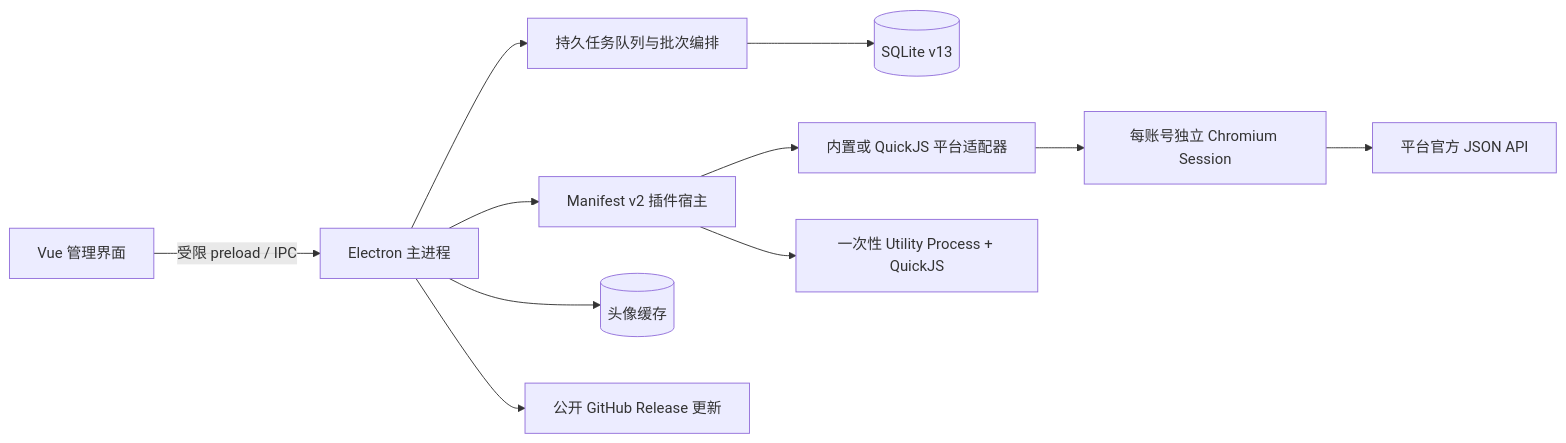
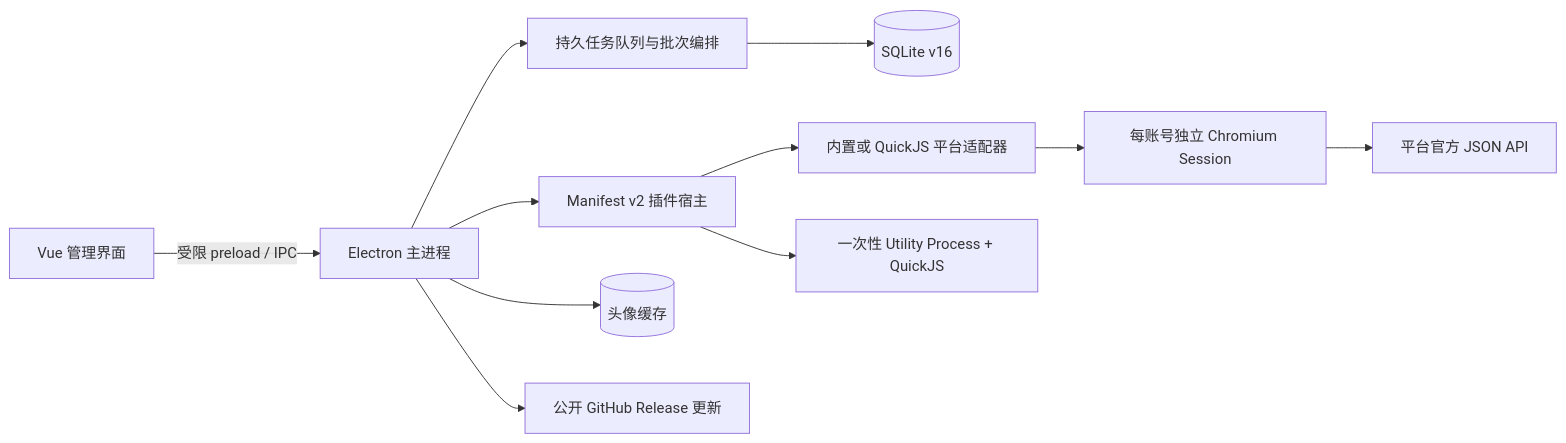
The diagram in README.md (nzmxd/streamfold), drawn with Mermaid before and after one commit. The commit also changed other lines of this file and 11 other files, not shown here.

````diff
--- a/README.md
+++ b/README.md
@@ -53,13 +54,13 @@
 ```mermaid
 flowchart LR
     UI["Vue 管理界面"] -->|受限 preload / IPC| MAIN["Electron 主进程"]
     MAIN --> QUEUE["持久任务队列与批次编排"]
-    QUEUE --> DB[("SQLite v13")]
+    QUEUE --> DB[("SQLite v16")]
     MAIN --> HOST["Manifest v2 插件宿主"]
     HOST --> ADAPTER["内置或 QuickJS 平台适配器"]
     ADAPTER --> BROWSER["每账号独立 Chromium Session"]
     HOST --> QJS["一次性 Utility Process + QuickJS"]
     BROWSER --> JSON["平台官方 JSON API"]
     MAIN --> MEDIA[("头像缓存")]
     MAIN --> UPDATE["公开 GitHub Release 更新"]
 ```
````
